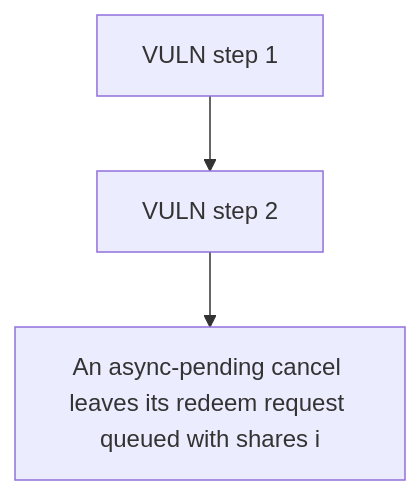
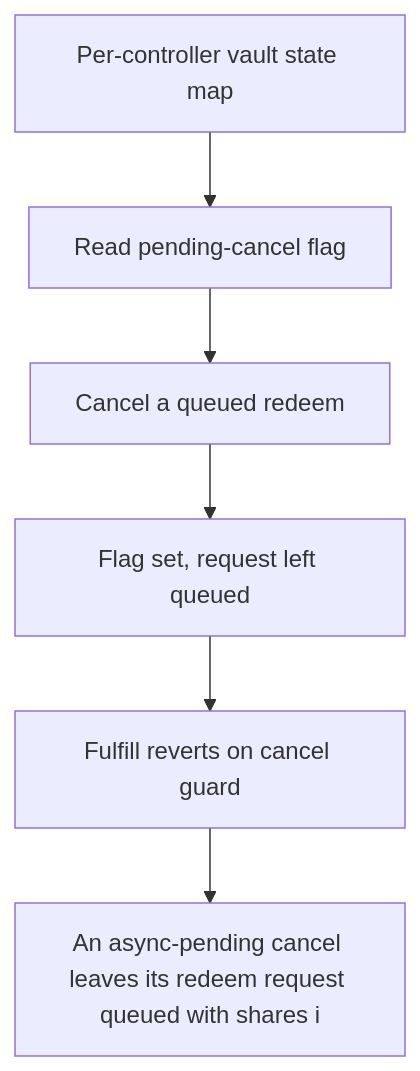
One commit to sanbir/evm-hack-registry changed the diagram in 62970-critical-dos-in-queue-processing-if-async-cancellations-are_exp/62970-critical-dos-in-queue-processing-if-async-cancellations-are_exp.md. Above: the diagram before and after it, drawn with Mermaid. The commit also changed other lines of this file and 79 other files, not shown here.

````diff
--- a/62970-critical-dos-in-queue-processing-if-async-cancellations-are_exp/62970-critical-dos-in-queue-processing-if-async-cancellations-are_exp.md
+++ b/62970-critical-dos-in-queue-processing-if-async-cancellations-are_exp/62970-critical-dos-in-queue-processing-if-async-cancellations-are_exp.md
@@ -28,8 +28,14 @@
 ```mermaid
 flowchart TD
-  S0["VULN step 1"]
-  S1["VULN step 2"]
+  S0["Per-controller vault state map"]
+  S1["Read pending-cancel flag"]
+  S2["Cancel a queued redeem"]
+  S3["Flag set, request left queued"]
+  S4["Fulfill reverts on cancel guard"]
   H["An async-pending cancel leaves its redeem request queued with shares i"]
   S0 --> S1
-  S1 --> H
+  S1 --> S2
+  S2 --> S3
+  S3 --> S4
+  S4 --> H
 ```
````
